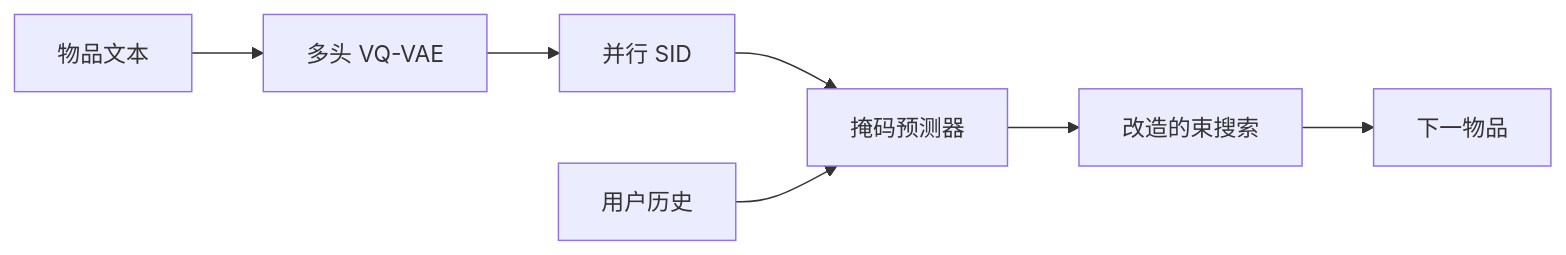
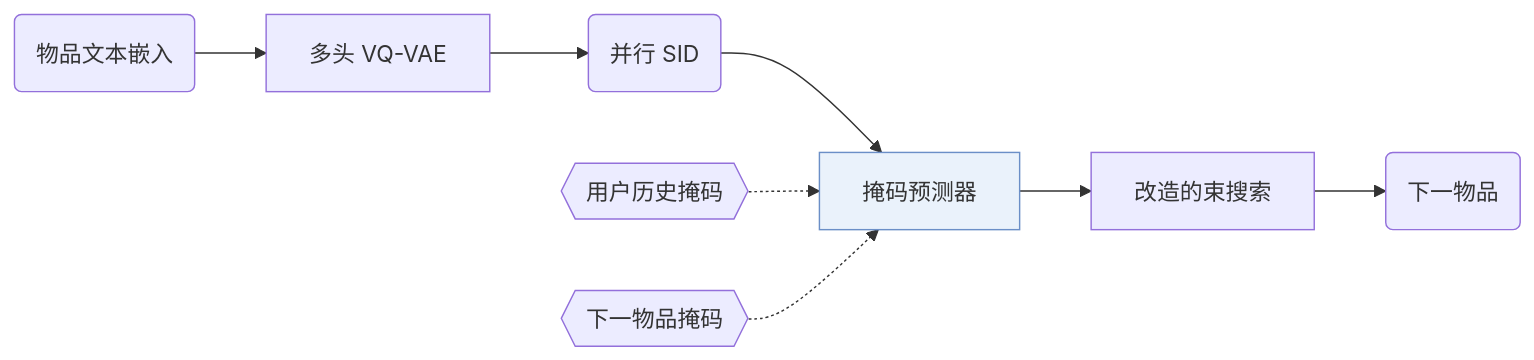
One commit to Galaxy-ghost/Awesome-SID-Generative-Rec changed the first of 2 diagrams in notes/zh/llada-rec.md. Above: the diagram before and after it, drawn with Mermaid. The commit also changed other lines of this file and 521 other files, not shown here.

Commit message:
writer-04 part 3: algorithm diagrams with shared shape conventions, README hero and paper cards, archive removed

````diff
--- a/notes/zh/llada-rec.md
+++ b/notes/zh/llada-rec.md
@@ -13,9 +13,11 @@
 ```mermaid
 flowchart LR
-    A[物品文本] --> B[多头 VQ-VAE]
-    B --> C[并行 SID]
-    C --> D[掩码预测器]
-    E[用户历史] --> D
-    D --> F[改造的束搜索]
-    F --> G[下一物品]
+    A("物品文本嵌入") --> B["多头 VQ-VAE"]
+    B --> C("并行 SID")
+    C --> D["掩码预测器"]:::key
+    L1{{"用户历史掩码"}} -.-> D
+    L2{{"下一物品掩码"}} -.-> D
+    D --> E["改造的束搜索"]
+    E --> F("下一物品")
+    classDef key fill:#eaf2fb,stroke:#6b8fc7
 ```
````
